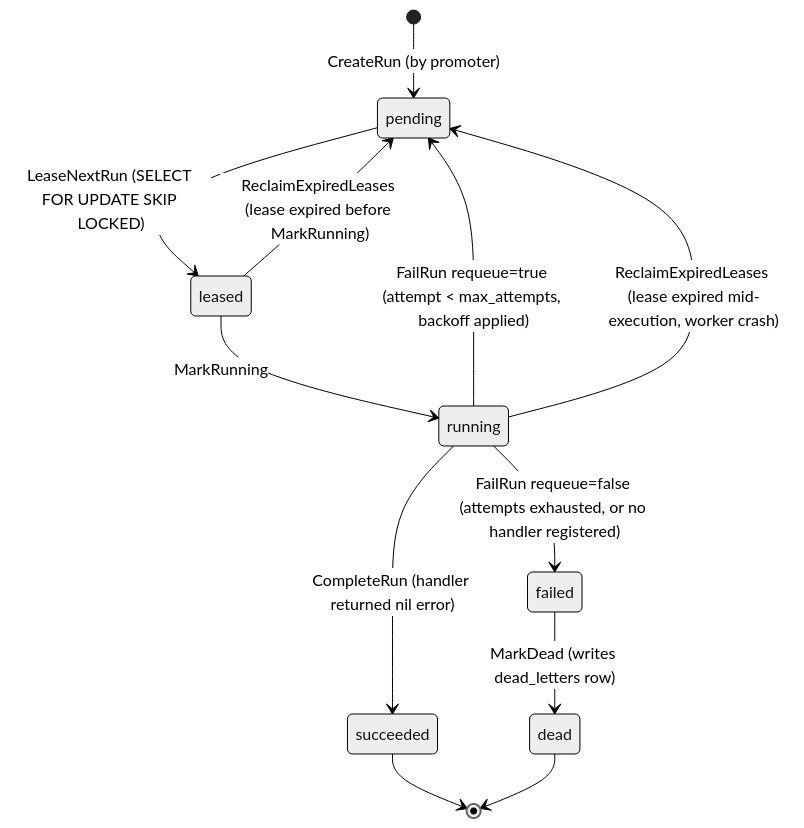
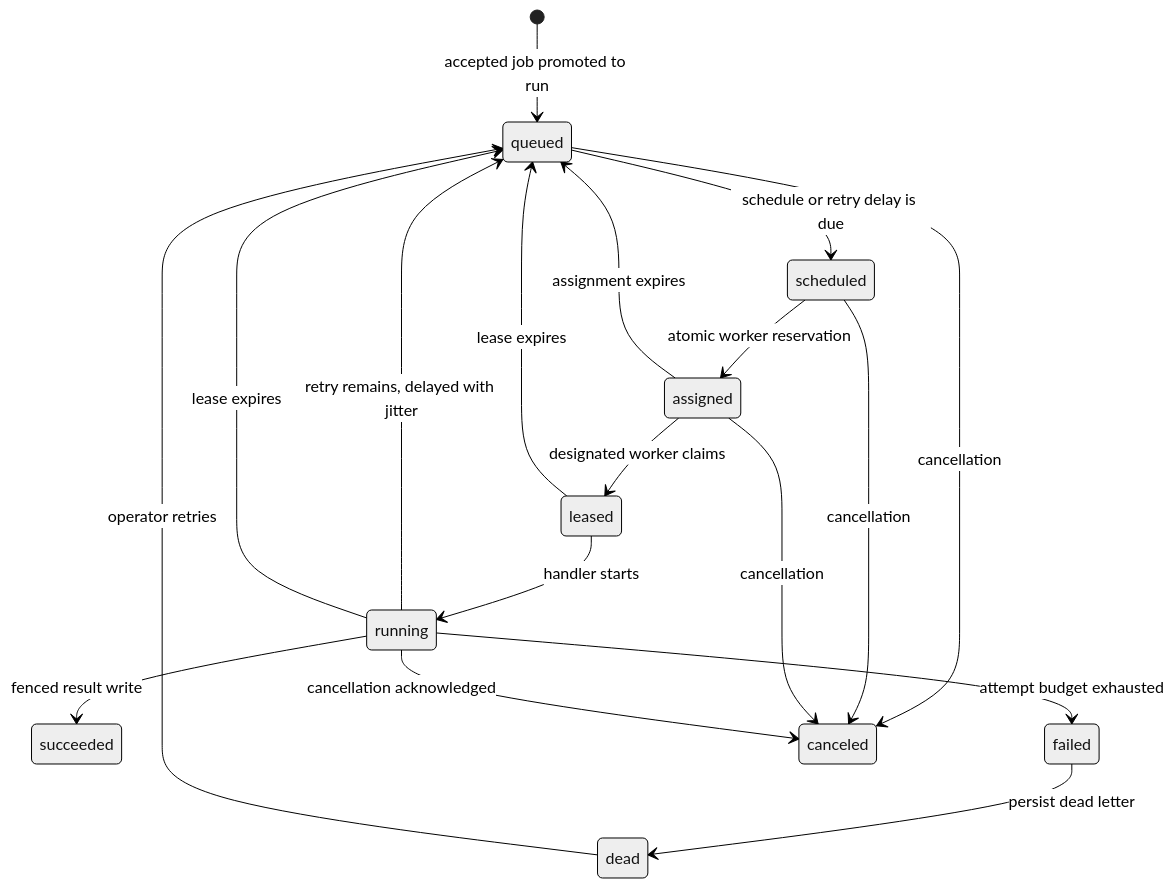
The second of 2 diagrams in docs/ARCHITECTURE.md (G1lollipop/atlas), drawn with Mermaid (neutral theme) before and after one commit. The commit also changed other lines of this file and 12 other files, not shown here.

Commit message:
docs: explain Atlas architecture and scheduling trade-offs

````diff
--- a/docs/ARCHITECTURE.md
+++ b/docs/ARCHITECTURE.md
@@ -30,14 +40,20 @@
 ```mermaid
 stateDiagram-v2
-    [*] --> pending: CreateRun (by promoter)
-    pending --> leased: LeaseNextRun (SELECT FOR UPDATE SKIP LOCKED)
-    leased --> running: MarkRunning
-    running --> succeeded: CompleteRun (handler returned nil error)
-    running --> pending: FailRun requeue=true (attempt < max_attempts, backoff applied)
-    running --> failed: FailRun requeue=false (attempts exhausted, or no handler registered)
-    failed --> dead: MarkDead (writes dead_letters row)
-    leased --> pending: ReclaimExpiredLeases (lease expired before MarkRunning)
-    running --> pending: ReclaimExpiredLeases (lease expired mid-execution, worker crash)
-    succeeded --> [*]
-    dead --> [*]
+    [*] --> queued: accepted job promoted to run
+    queued --> scheduled: schedule or retry delay is due
+    scheduled --> assigned: atomic worker reservation
+    assigned --> leased: designated worker claims
+    leased --> running: handler starts
+    running --> succeeded: fenced result write
+    running --> queued: retry remains, delayed with jitter
+    running --> failed: attempt budget exhausted
+    failed --> dead: persist dead letter
+    assigned --> queued: assignment expires
+    leased --> queued: lease expires
+    running --> queued: lease expires
+    queued --> canceled: cancellation
+    scheduled --> canceled: cancellation
+    assigned --> canceled: cancellation
+    running --> canceled: cancellation acknowledged
+    dead --> queued: operator retries
 ```
````
